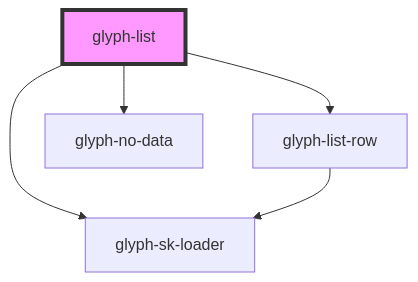
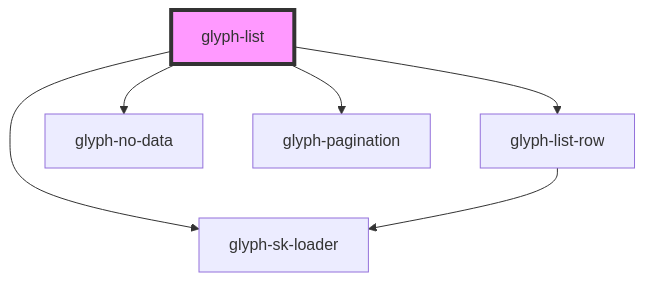
The diagram in packages/glyph-components/src/components/list/readme.md (adrianiy/synth-ui), drawn with Mermaid before and after one commit. The commit also changed other lines of this file and 10 other files, not shown here.

````diff
--- a/packages/glyph-components/src/components/list/readme.md
+++ b/packages/glyph-components/src/components/list/readme.md
@@ -40,8 +43,9 @@
 ```mermaid
 graph TD;
   glyph-list --> glyph-list-row
   glyph-list --> glyph-sk-loader
   glyph-list --> glyph-no-data
+  glyph-list --> glyph-pagination
   glyph-list-row --> glyph-sk-loader
   style glyph-list fill:#f9f,stroke:#333,stroke-width:4px
 ```
````
